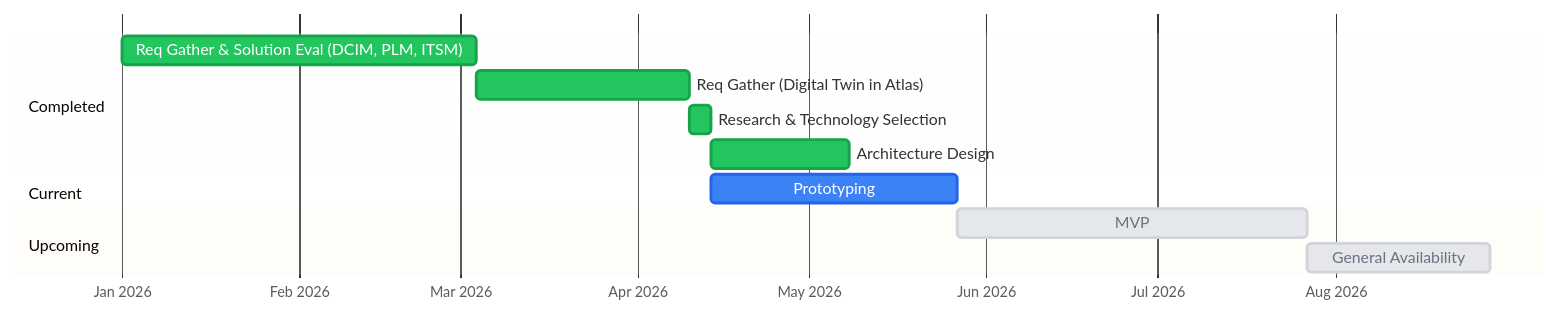
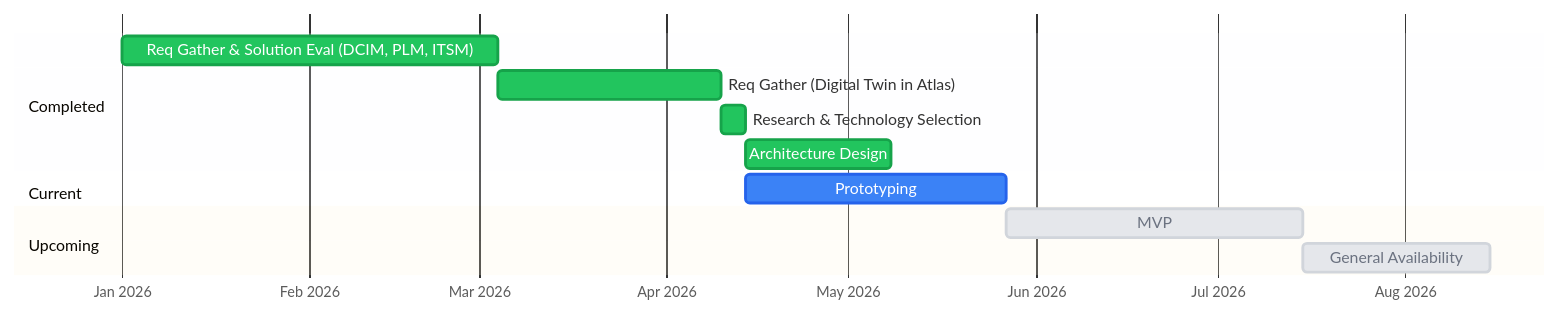
Before and after one commit to danieldn-aramada/orbital: the diagram in ROADMAP.md, drawn with Mermaid. The commit also changed other lines of this file and 26 other files, not shown here.

````diff
--- a/ROADMAP.md
+++ b/ROADMAP.md
@@ -5,19 +5,19 @@
 ```mermaid
 %%{init: {'theme': 'base', 'themeVariables': {'doneTaskBkgColor': '#22c55e', 'doneTaskBorderColor': '#16a34a', 'activeTaskBkgColor': '#3b82f6', 'activeTaskBorderColor': '#2563eb', 'taskBkgColor': '#e5e7eb', 'taskBorderColor': '#d1d5db', 'taskTextColor': '#6b7280', 'taskTextDarkColor': '#fff'}}}%%
 gantt
     dateFormat YYYY-MM-DD
     axisFormat %b %Y
 
     Section Completed
     Req Gather & Solution Eval (DCIM, PLM, ITSM)    :done, 2026-01-01, 2026-03-04
     Req Gather (Digital Twin in Atlas)              :done, 2026-03-04, 2026-04-10
     Research & Technology Selection                 :done, 2026-04-10, 2026-04-14
     Architecture Design                             :done, 2026-04-14, 2026-05-08
 
     Section Current
     Prototyping                   :active, 2026-04-14, 2026-05-27
 
     Section Upcoming
-    MVP                           :2026-05-27, 2026-07-27
-    General Availability          :2026-07-27, 2026-08-28
+    MVP                           :2026-05-27, 2026-07-15
+    General Availability          :2026-07-15, 2026-08-15
 ```
````
